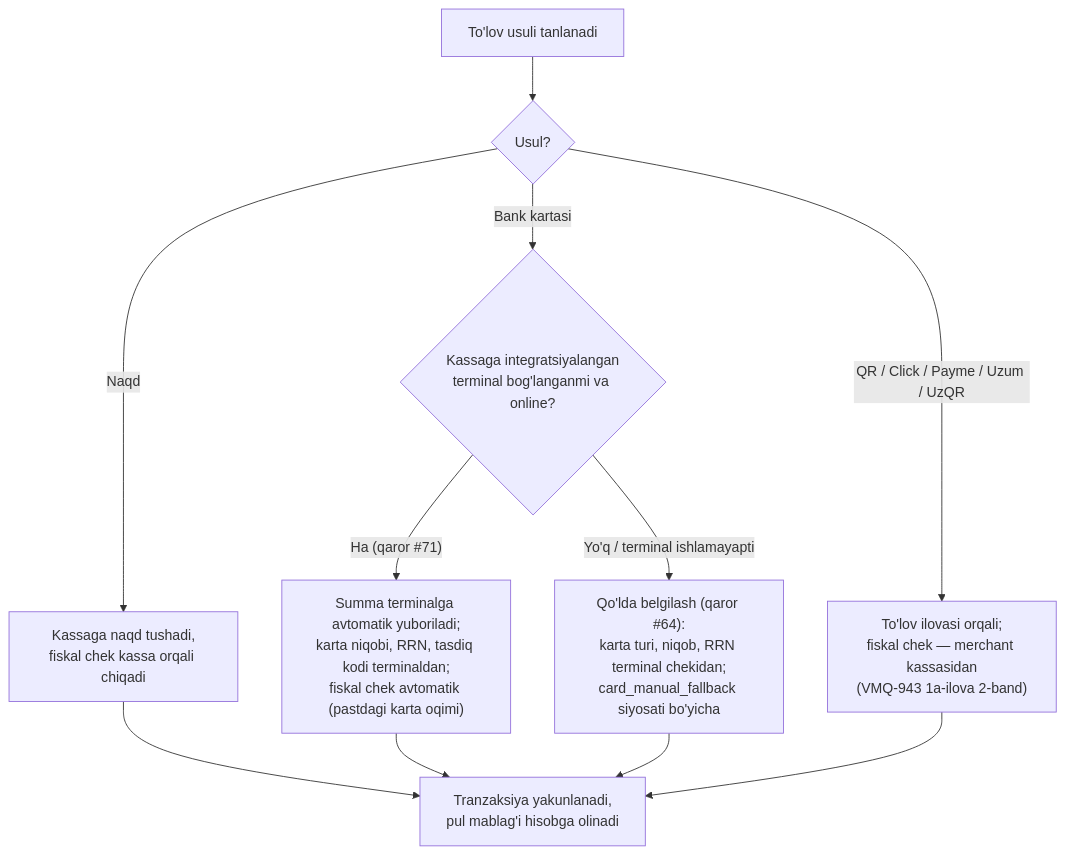
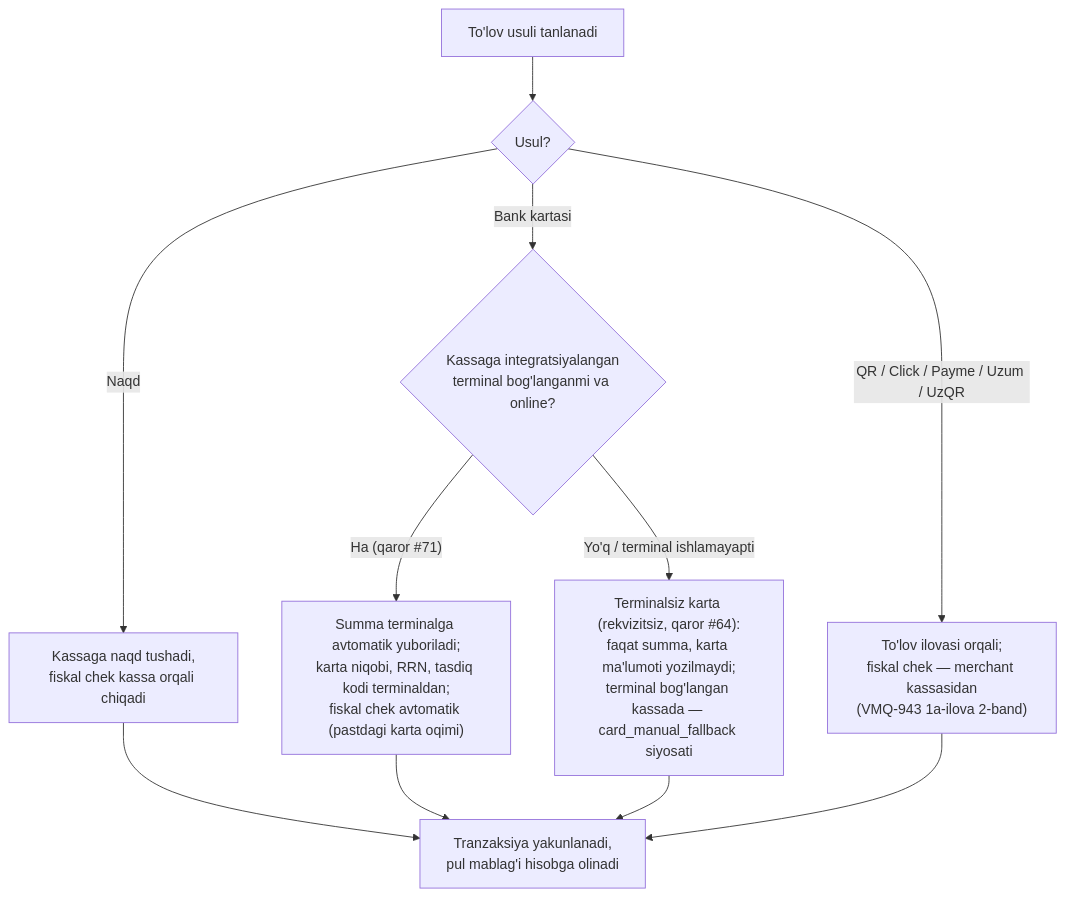
One commit to hasanoff507/erp changed the fifth of 16 diagrams in spec/kod-uchun/04-biznes-jarayonlar.md. Above: the diagram before and after it, drawn with Mermaid. The commit also changed other lines of this file and 27 other files, not shown here.

First line of the commit message:
docs: karta rekvizitlari qo'lda kiritilmaydi — terminalsiz karta faqat summa (qaror #64/#71), 26 #178

````diff
--- a/spec/kod-uchun/04-biznes-jarayonlar.md
+++ b/spec/kod-uchun/04-biznes-jarayonlar.md
@@ -151,13 +151,13 @@
 ```mermaid
 flowchart TD
     A["To'lov usuli tanlanadi"] --> B{"Usul?"}
     B -- "Naqd" --> C["Kassaga naqd tushadi,\nfiskal chek kassa orqali chiqadi"]
     B -- "Bank kartasi" --> D{"Kassaga integratsiyalangan\nterminal bog'langanmi va online?"}
     D -- "Ha (qaror #71)" --> D1["Summa terminalga avtomatik yuboriladi;\nkarta niqobi, RRN, tasdiq kodi terminaldan;\nfiskal chek avtomatik (pastdagi karta oqimi)"]
-    D -- "Yo'q / terminal ishlamayapti" --> D2["Qo'lda belgilash (qaror #64):\nkarta turi, niqob, RRN terminal chekidan;\ncard_manual_fallback siyosati bo'yicha"]
+    D -- "Yo'q / terminal ishlamayapti" --> D2["Terminalsiz karta (rekvizitsiz, qaror #64):\nfaqat summa, karta ma'lumoti yozilmaydi;\nterminal bog'langan kassada — card_manual_fallback siyosati"]
     B -- "QR / Click / Payme / Uzum / UzQR" --> E["To'lov ilovasi orqali;\nfiskal chek — merchant kassasidan\n(VMQ-943 1a-ilova 2-band)"]
     C --> F["Tranzaksiya yakunlanadi,\npul mablag'i hisobga olinadi"]
     D1 --> F
     D2 --> F
     E --> F
 ```
````
